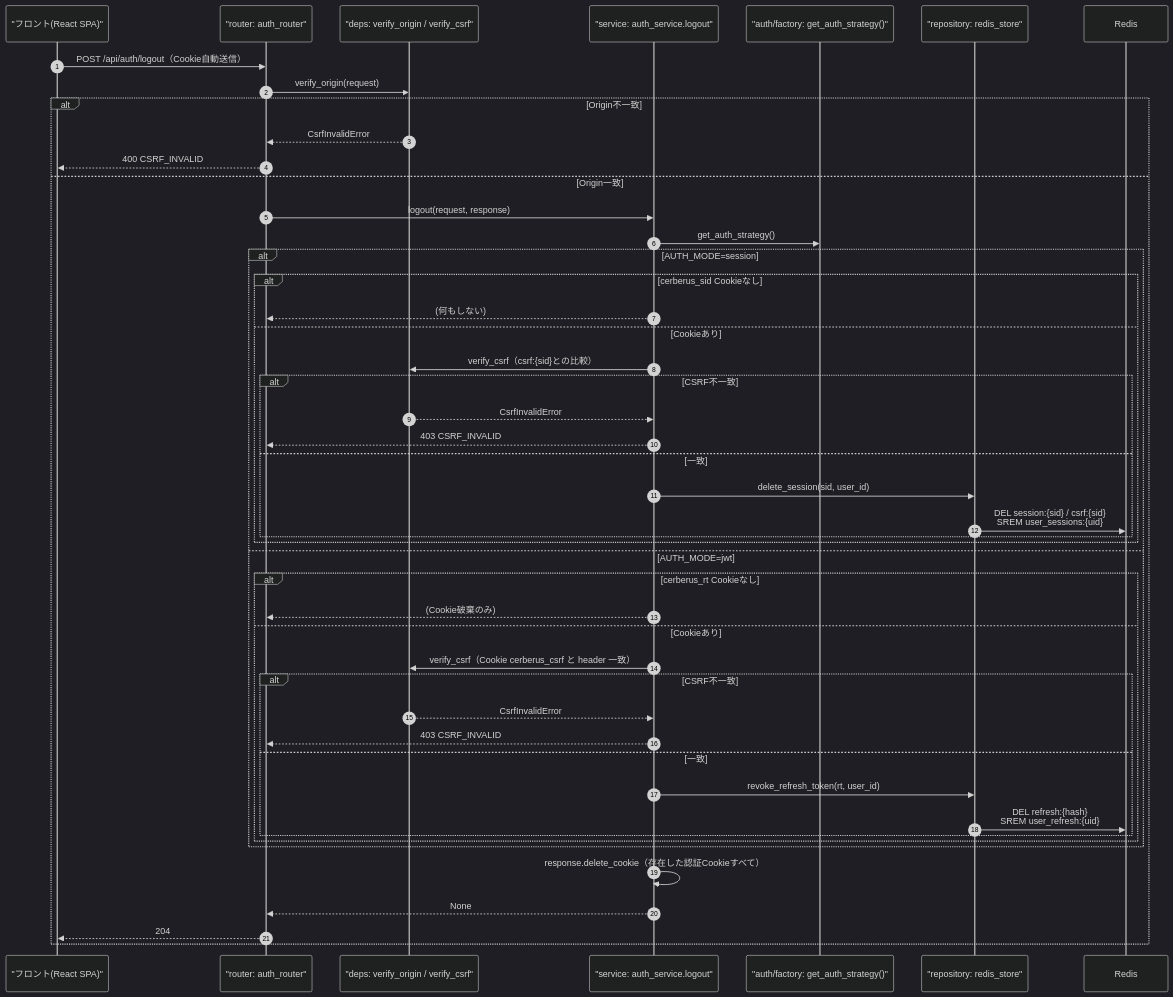
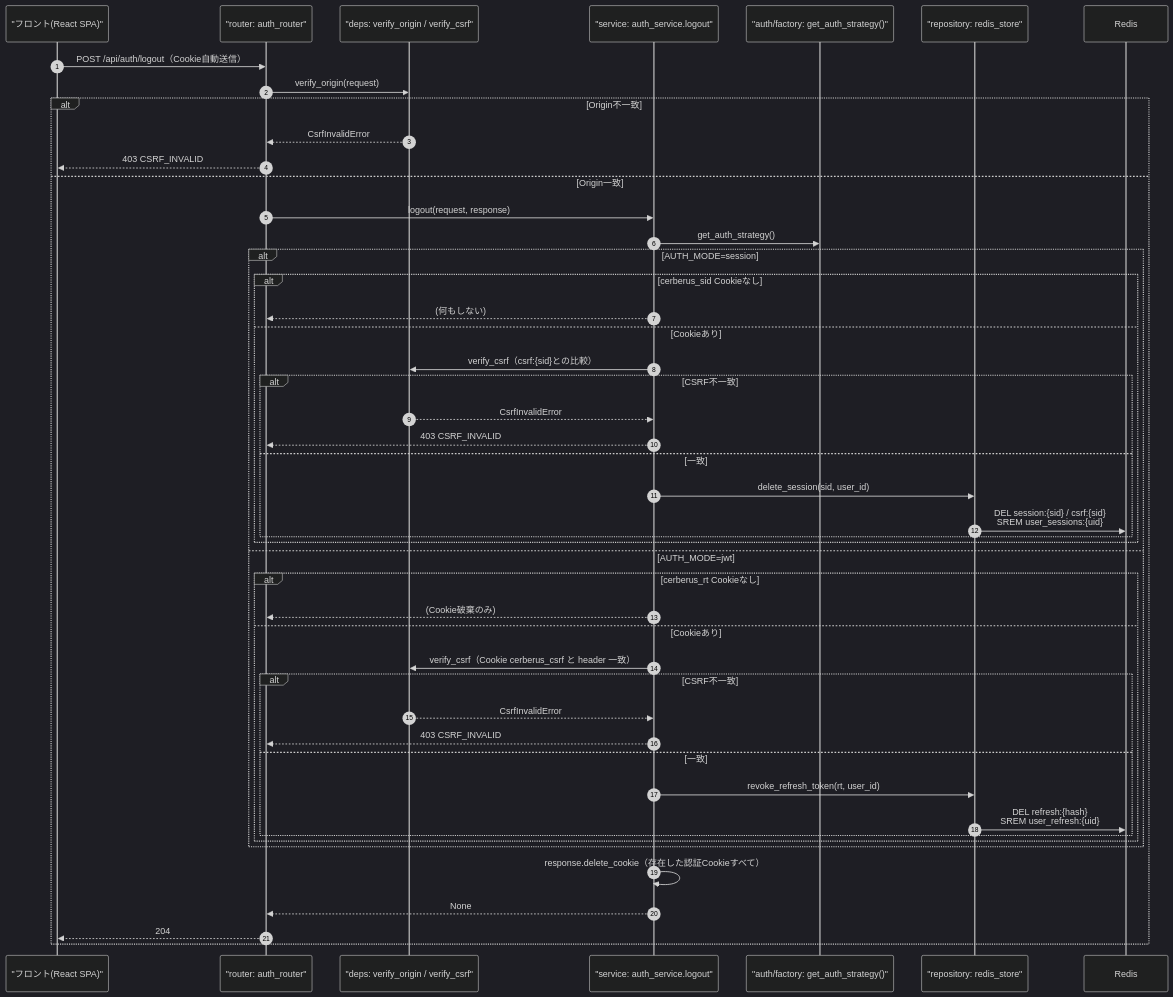
Before and after one commit to oikawa-d/task_management: the first of 4 diagrams in detailed_design/api/auth/03_post_auth_logout.md, drawn with Mermaid (dark theme). The commit also changed other lines of this file and 6 other files, not shown here.

````diff
--- a/detailed_design/api/auth/03_post_auth_logout.md
+++ b/detailed_design/api/auth/03_post_auth_logout.md
@@ -78,51 +78,51 @@
 ```mermaid
 sequenceDiagram
     autonumber
     participant FE as "フロント(React SPA)"
     participant R as "router: auth_router"
     participant D as "deps: verify_origin / verify_csrf"
     participant S as "service: auth_service.logout"
     participant STR as "auth/factory: get_auth_strategy()"
     participant RS as "repository: redis_store"
     participant RD as Redis
 
     FE->>R: POST /api/auth/logout（Cookie自動送信）
     R->>D: verify_origin(request)
     alt Origin不一致
         D-->>R: CsrfInvalidError
-        R-->>FE: 400 CSRF_INVALID
+        R-->>FE: 403 CSRF_INVALID
     else Origin一致
         R->>S: logout(request, response)
         S->>STR: get_auth_strategy()
         alt AUTH_MODE=session
             alt cerberus_sid Cookieなし
                 S-->>R: (何もしない)
             else Cookieあり
                 S->>D: verify_csrf（csrf:{sid}との比較）
                 alt CSRF不一致
                     D-->>S: CsrfInvalidError
                     S-->>R: 403 CSRF_INVALID
                 else 一致
                     S->>RS: delete_session(sid, user_id)
                     RS->>RD: DEL session:{sid} / csrf:{sid}<br/>SREM user_sessions:{uid}
                 end
             end
         else AUTH_MODE=jwt
             alt cerberus_rt Cookieなし
                 S-->>R: (Cookie破棄のみ)
             else Cookieあり
                 S->>D: verify_csrf（Cookie cerberus_csrf と header 一致）
                 alt CSRF不一致
                     D-->>S: CsrfInvalidError
                     S-->>R: 403 CSRF_INVALID
                 else 一致
                     S->>RS: revoke_refresh_token(rt, user_id)
                     RS->>RD: DEL refresh:{hash}<br/>SREM user_refresh:{uid}
                 end
             end
         end
         S->>S: response.delete_cookie（存在した認証Cookieすべて）
         S-->>R: None
         R-->>FE: 204
     end
 ```
````
